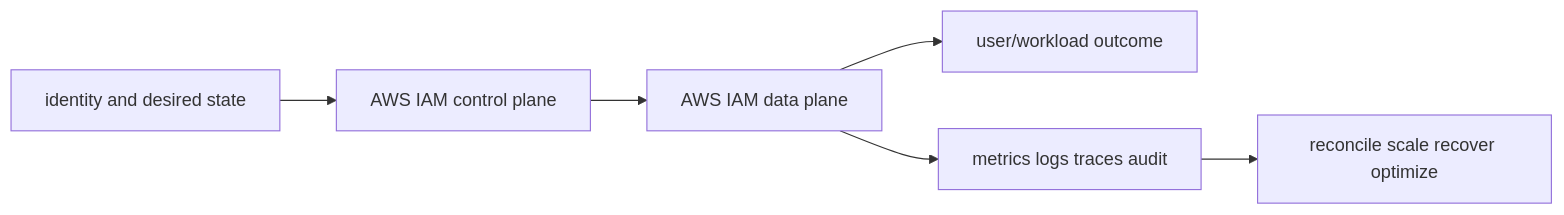
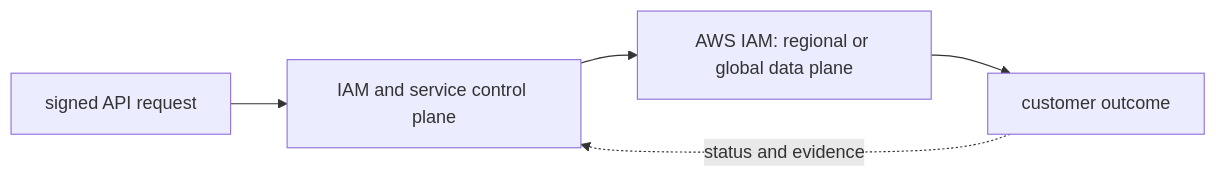
One commit to tomkidumbuyo/DevOps-interview-preparation changed the diagram in 07-aws/01-foundations/01-iam/README.md. Above: the diagram before and after it, drawn with Mermaid. The commit also changed other lines of this file and 753 other files, not shown here.

````diff
--- a/07-aws/01-foundations/01-iam/README.md
+++ b/07-aws/01-foundations/01-iam/README.md
@@ -19,8 +31,7 @@
 ```mermaid
 flowchart LR
-  I[identity and desired state] --> C[AWS IAM control plane]
-  C --> D[AWS IAM data plane]
-  D --> U[user/workload outcome]
-  D --> O[metrics logs traces audit]
-  O --> R[reconcile scale recover optimize]
+  A["signed API request"] --> B["IAM and service control plane"]
+  B --> C["AWS IAM: regional or global data plane"]
+  C --> D["customer outcome"]
+  D -. "status and evidence" .-> B
 ```
````
